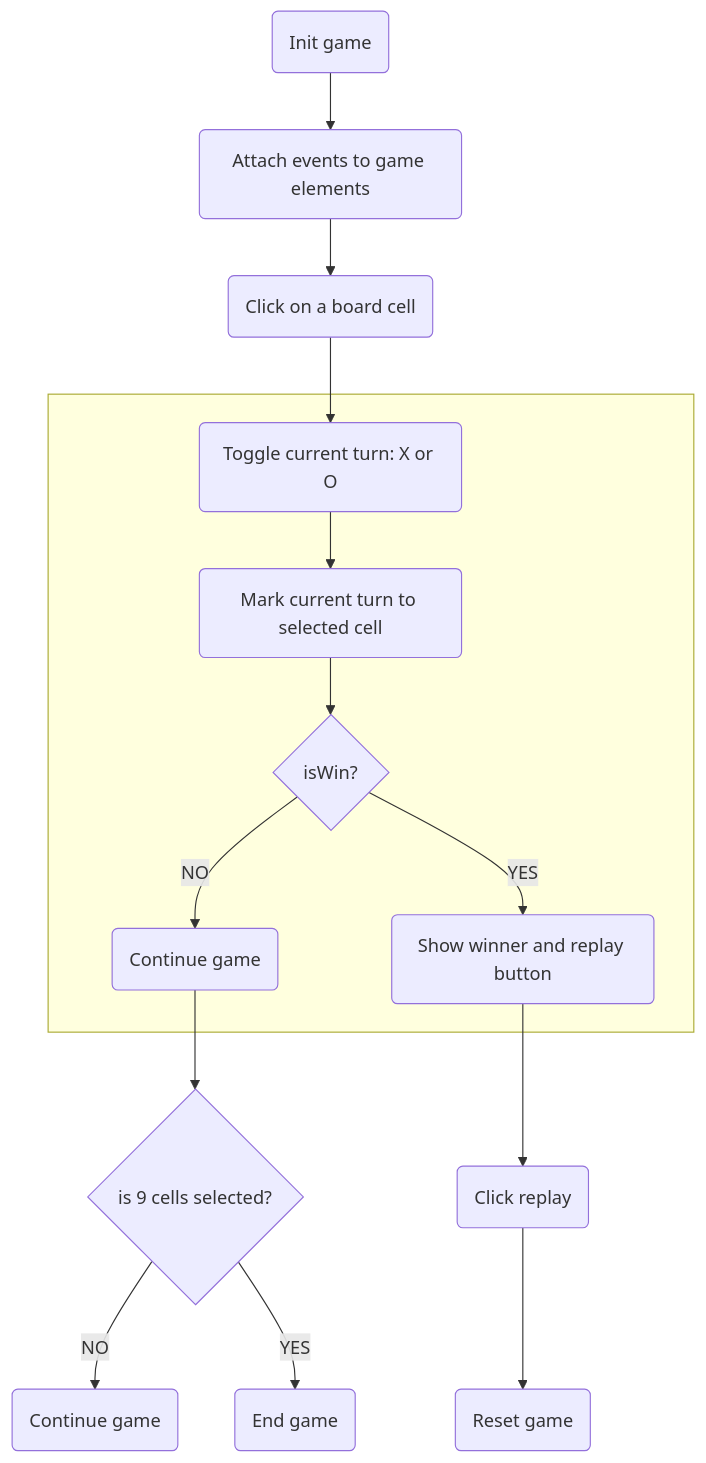
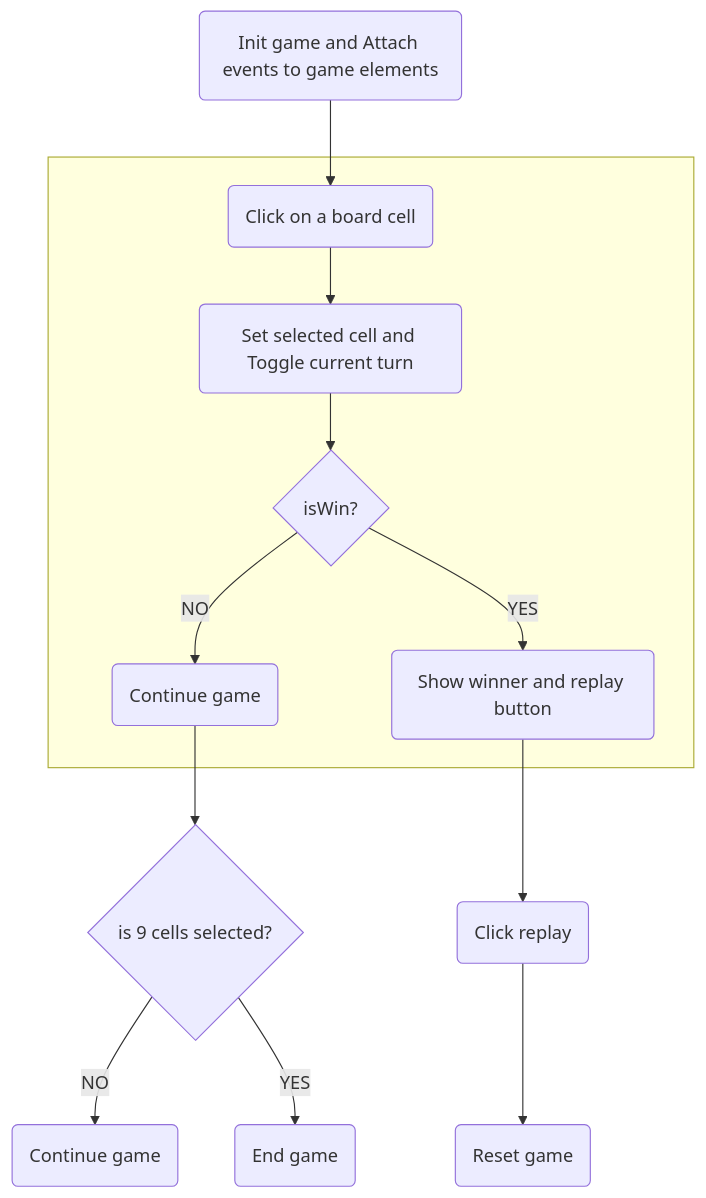
Before and after one commit to paulnguyen-mn/js-tic-tac-toe: the diagram in README.md, drawn with Mermaid. The commit also changed other lines of this file and 7 other files, not shown here.

````diff
--- a/README.md
+++ b/README.md
@@ -18,23 +35,23 @@
 ```mermaid
 graph TD;
 
-A(Init game) --> B(Attach events to game elements);
+B(Init game and Attach events to game elements);
 B --> C(Click on a board cell);
-C --> D(Toggle current turn: X or O);
+
 
 subgraph " "
-D --> E(Mark current turn to selected cell);
-E --> F{isWin?};
+C --> D(Set selected cell and Toggle current turn);
+D --> F{isWin?};
 
 F --NO--> H(Continue game);
 F --YES--> G(Show winner and replay button);
 
 end
 
 H --> H1{is 9 cells selected?};
 H1 --NO--> H2(Continue game);
 H1 --YES--> H3(End game);
 
 G --> I(Click replay)
 I --> J(Reset game)
 ```
````
